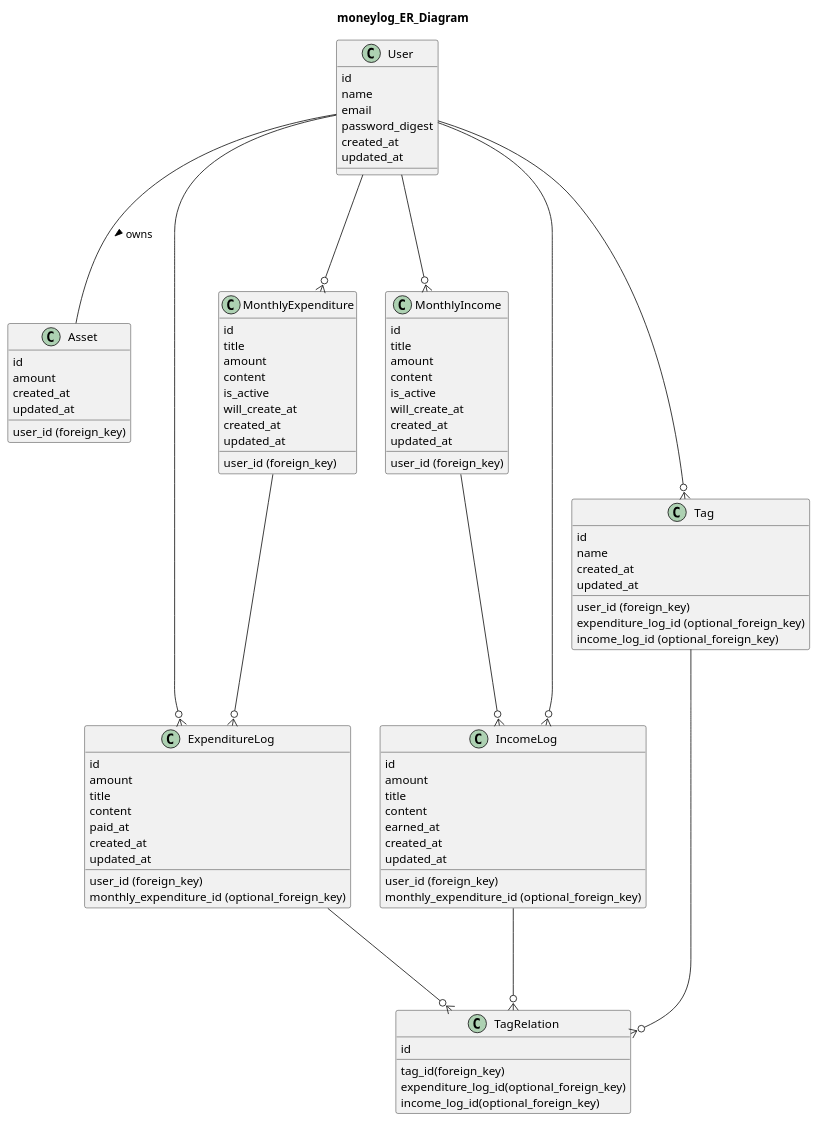
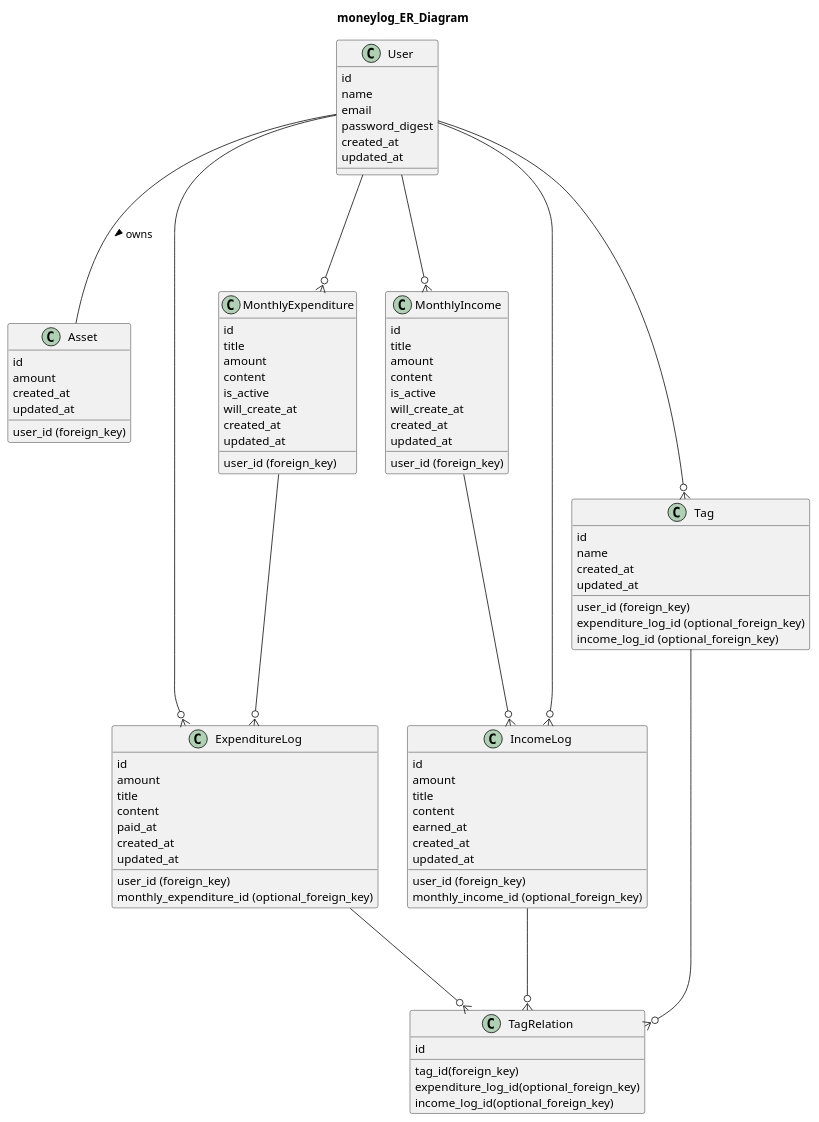
Before and after one commit to digitter/moneylog: the diagram in moneylog_doc/moneylog_uml.pu, drawn with PlantUML.

Commit message:
fix ER diagram

```diff
--- a/moneylog_doc/moneylog_uml.pu
+++ b/moneylog_doc/moneylog_uml.pu
@@ -1,94 +1,94 @@
 @startuml
   title moneylog_ER_Diagram
 
   ' Relationship
   User --- Asset: owns >
   User ---o{ ExpenditureLog
   User ---o{ IncomeLog
   User ---o{ MonthlyExpenditure
   User ---o{ MonthlyIncome
   User ---o{ Tag
 
   MonthlyExpenditure ---o{ ExpenditureLog
   MonthlyIncome ---o{ IncomeLog
 
   IncomeLog ---o{ TagRelation
   ExpenditureLog ---o{ TagRelation
 
   Tag --o{ TagRelation
 
   class User {
     id
     name
     email
     password_digest
     created_at
     updated_at
   }
   class Asset {
     id
     user_id (foreign_key)
     amount
     created_at
     updated_at
   }
   class MonthlyExpenditure {
     id
     user_id (foreign_key)
     title
     amount
     content
     is_active
     will_create_at
     created_at
     updated_at
   }
   class MonthlyIncome {
     id
     user_id (foreign_key)
     title
     amount
     content
     is_active
     will_create_at
     created_at
     updated_at
   }
   class IncomeLog {
     id
     user_id (foreign_key)
-    monthly_expenditure_id (optional_foreign_key)
+    monthly_income_id (optional_foreign_key)
     amount
     title
     content
     earned_at
     created_at
     updated_at
   }
   class ExpenditureLog {
     id
     user_id (foreign_key)
     monthly_expenditure_id (optional_foreign_key)
     amount
     title
     content
     paid_at
     created_at
     updated_at
   }
   class TagRelation {
     id
     tag_id(foreign_key)
     expenditure_log_id(optional_foreign_key)
     income_log_id(optional_foreign_key)
   }
   class Tag {
     id
     user_id (foreign_key)
     expenditure_log_id (optional_foreign_key)
     income_log_id (optional_foreign_key)
     name
     created_at
     updated_at
   }
 @enduml
```
